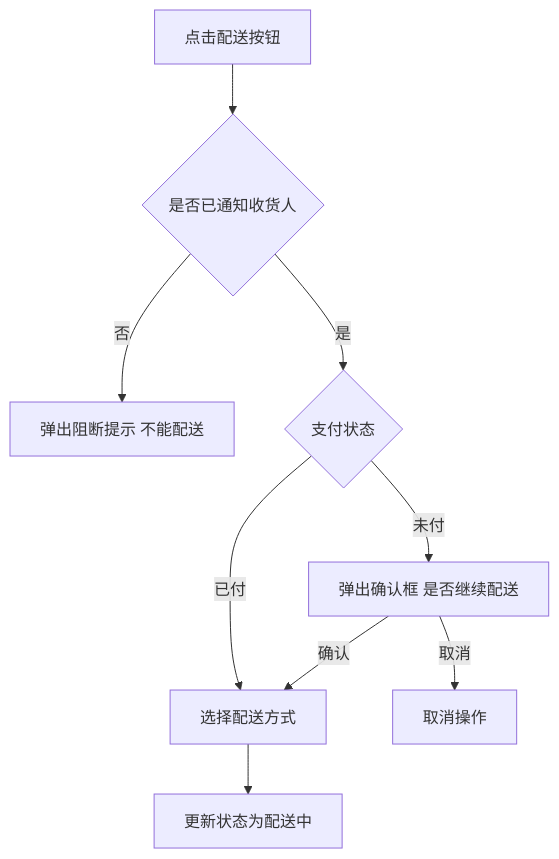
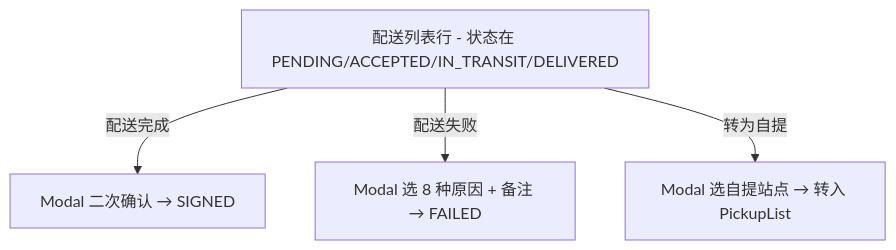
The fifth of 7 diagrams in .kiro/specs/dest-warehouse-mgmt/design.md (Yitiaoyu686/logistics-app), drawn with Mermaid before and after one commit. The commit also changed other lines of this file and 14 other files, not shown here.

````diff
--- a/.kiro/specs/dest-warehouse-mgmt/design.md
+++ b/.kiro/specs/dest-warehouse-mgmt/design.md
@@ -129,11 +128,7 @@
 ```mermaid
 flowchart TD
-    A[点击配送按钮] --> B{是否已通知收货人}
-    B -->|否| C[弹出阻断提示 不能配送]
-    B -->|是| D{支付状态}
-    D -->|未付| E[弹出确认框 是否继续配送]
-    D -->|已付| F[选择配送方式]
-    E -->|确认| F
-    E -->|取消| G[取消操作]
-    F --> H[更新状态为配送中]
+    A[配送列表行 - 状态在 PENDING/ACCEPTED/IN_TRANSIT/DELIVERED]
+    A -->|配送完成| B[Modal 二次确认 → SIGNED]
+    A -->|配送失败| C[Modal 选 8 种原因 + 备注 → FAILED]
+    A -->|转为自提| D[Modal 选自提站点 → 转入 PickupList]
 ```
````
